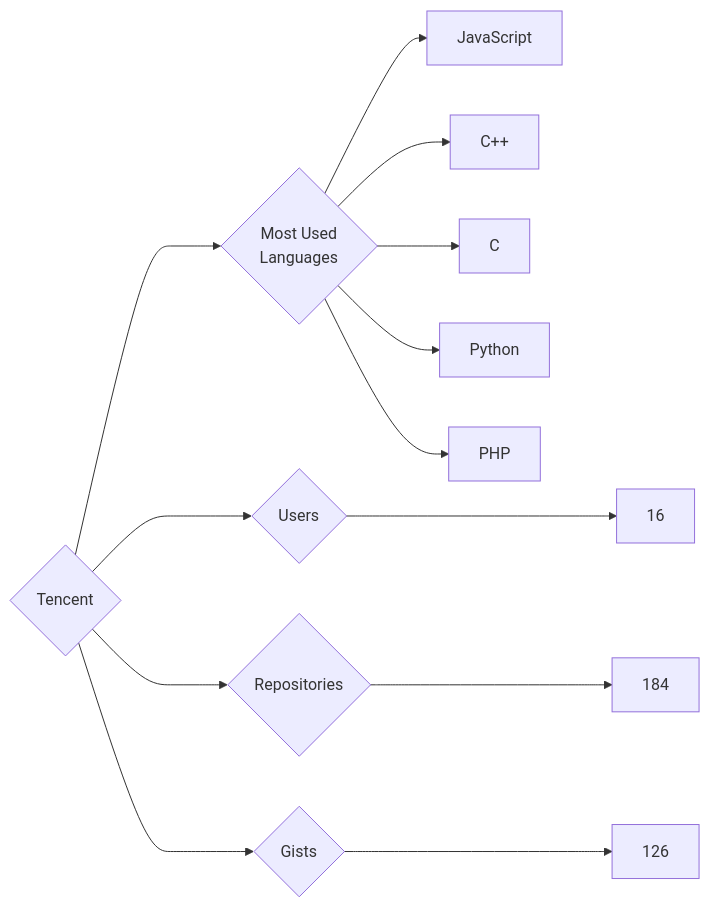
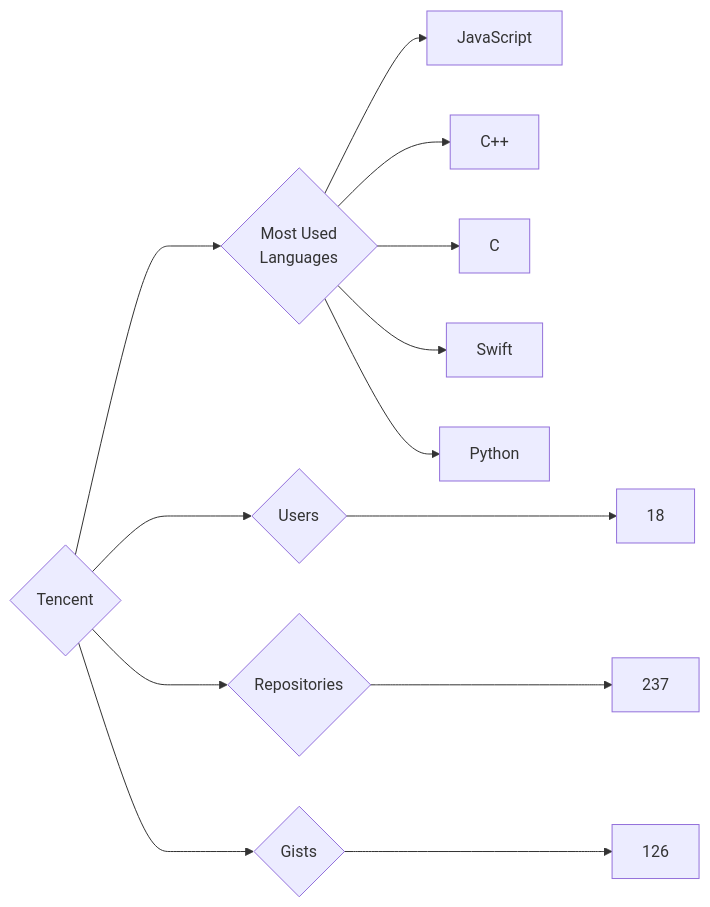
One commit to trickest/insiders changed the diagram in targets/Tencent/README.md. Above: the diagram before and after it, drawn with Mermaid. The commit also changed 1389 other files, not shown here.

````diff
--- a/targets/Tencent/README.md
+++ b/targets/Tencent/README.md
@@ -3,13 +3,13 @@
 ```mermaid
 graph LR
 COMPANY_NAME{Tencent}
-COMPANY_NAME ---> U{Users} ---> UN[16]
-COMPANY_NAME ---> R{Repositories} ---> RN[184]
+COMPANY_NAME ---> U{Users} ---> UN[18]
+COMPANY_NAME ---> R{Repositories} ---> RN[237]
 COMPANY_NAME ---> G{Gists} ---> GN[126]
 COMPANY_NAME ---> ML{Most Used<br>Languages}
 ML --> JavaScript[JavaScript]
 ML --> C++[C++]
 ML --> C[C]
+ML --> Swift[Swift]
 ML --> Python[Python]
-ML --> PHP[PHP]
 ```
````
